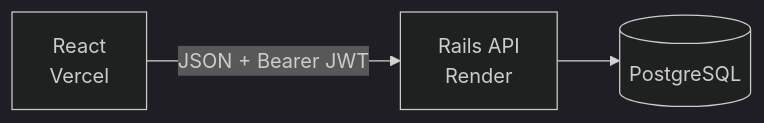
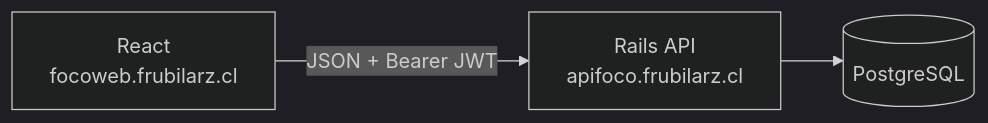
One commit to Bryan4631/foco-api changed the first of 2 diagrams in README.md. Above: the diagram before and after it, drawn with Mermaid (dark theme). The commit also changed other lines of this file, not shown here.

````diff
--- a/README.md
+++ b/README.md
@@ -37,5 +37,5 @@
 ```mermaid
 flowchart LR
-    F[React<br/>Vercel] -- "JSON + Bearer JWT" --> R[Rails API<br/>Render]
+    F[React<br/>focoweb.frubilarz.cl] -- "JSON + Bearer JWT" --> R[Rails API<br/>apifoco.frubilarz.cl]
     R --> D[(PostgreSQL)]
 ```
````
